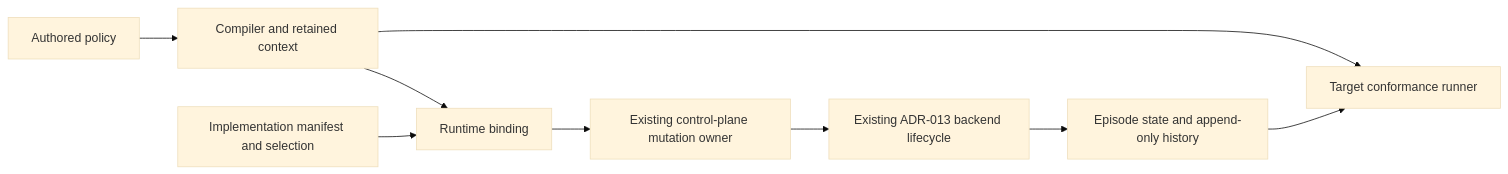
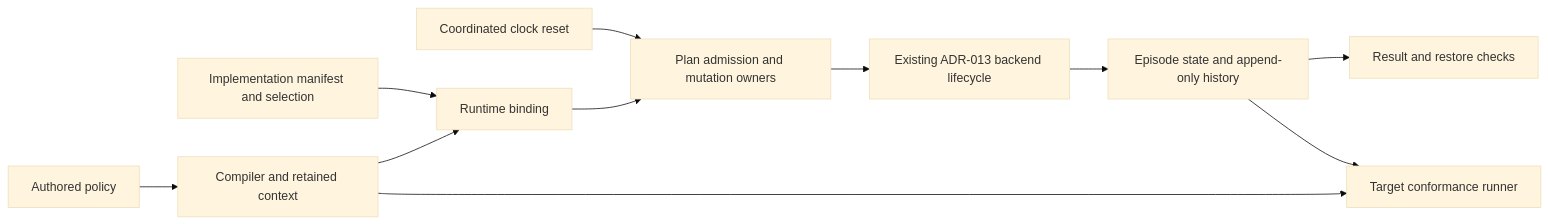
Before and after one commit to OpenRAE/rae: the diagram in docs/decisions/issue-309-participant-episode-runtime-binding.md, drawn with Mermaid (base theme). The commit also changed other lines of this file and 21 other files, not shown here.

````diff
--- a/docs/decisions/issue-309-participant-episode-runtime-binding.md
+++ b/docs/decisions/issue-309-participant-episode-runtime-binding.md
@@ -45,11 +41,13 @@
 ```mermaid
 flowchart LR
     SDL[Authored policy] --> Compiler[Compiler and retained context]
     Compiler --> Binding[Runtime binding]
     Manifest[Implementation manifest and selection] --> Binding
-    Binding --> Admission[Existing control-plane mutation owner]
+    Binding --> Admission[Plan admission and mutation owners]
     Admission --> Backend[Existing ADR-013 backend lifecycle]
+    Clock[Coordinated clock reset] --> Admission
     Backend --> History[Episode state and append-only history]
+    History --> Validator[Result and restore checks]
     Compiler --> Conformance[Target conformance runner]
     History --> Conformance
 ```
````
